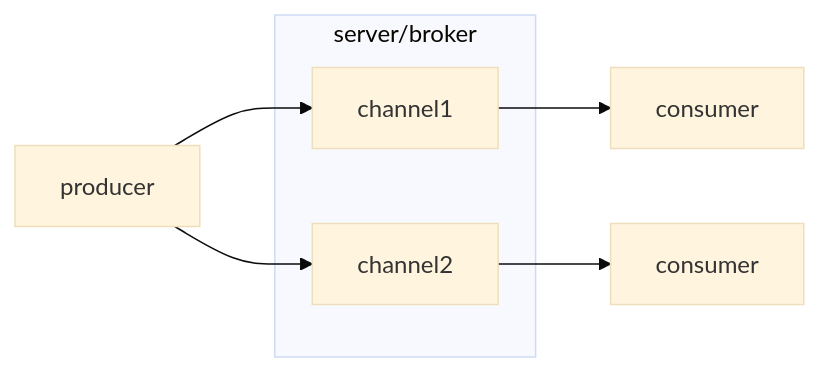
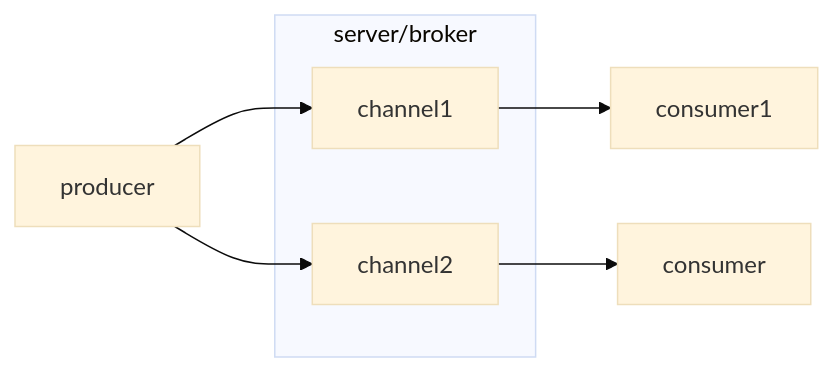
Before and after one commit to asyncapi/website: the diagram in pages/docs/concepts/server.md, drawn with Mermaid (base theme).

````diff
--- a/pages/docs/concepts/server.md
+++ b/pages/docs/concepts/server.md
@@ -10,12 +10,12 @@
 ```mermaid
 flowchart LR
     A[producer]
     A --> a1[channel1]
     A --> a2[channel2]
     subgraph one[server/broker]
     a1
     a2
     end
-    a1 --> B[consumer]
+    a1 --> B[consumer1]
     a2 --> C[consumer]
 ```
````
